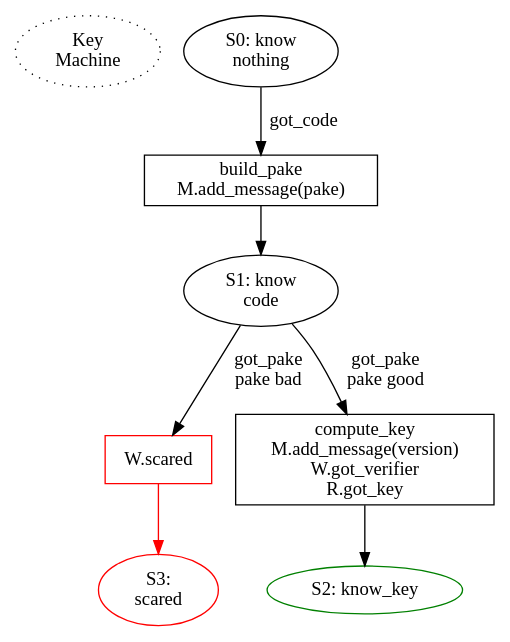
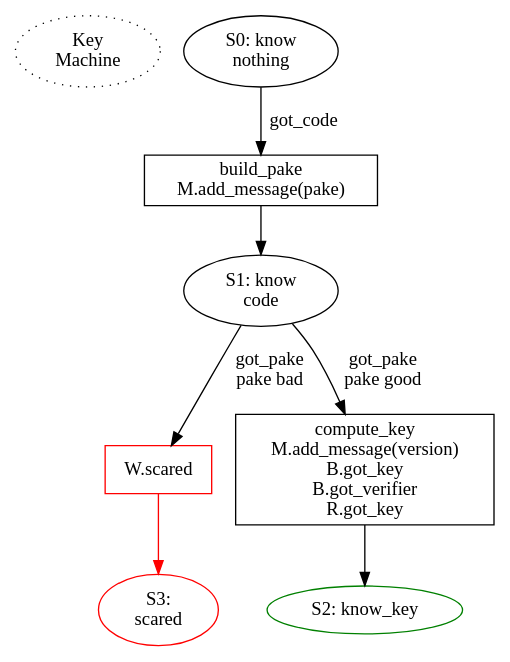
Before and after one commit to magic-wormhole/magic-wormhole: the diagram in docs/state-machines/key.dot, drawn with Graphviz. The commit also changed 7 other files, not shown here.

```diff
--- a/docs/state-machines/key.dot
+++ b/docs/state-machines/key.dot
@@ -1,43 +1,43 @@
 digraph {
 
         /* could shave a RTT by committing to the nameplate early, before
         finishing the rest of the code input. While the user is still
         typing/completing the code, we claim the nameplate, open the mailbox,
         and retrieve the peer's PAKE message. Then as soon as the user
         finishes entering the code, we build our own PAKE message, send PAKE,
         compute the key, send VERSION. Starting from the Return, this saves
         two round trips. OTOH it adds consequences to hitting Tab. */
 
         start [label="Key\nMachine" style="dotted"]
 
         S0 [label="S0: know\nnothing"]
         S0 -> P0_build [label="got_code"]
 
         P0_build [shape="box" label="build_pake\nM.add_message(pake)"]
         P0_build -> S1
         S1 [label="S1: know\ncode"]
 
         /* the Mailbox will deliver each message exactly once, but doesn't
         guarantee ordering: if Alice starts the process, then disconnects,
         then Bob starts (reading PAKE, sending both his PAKE and his VERSION
         phase), then Alice will see both PAKE and VERSION on her next
         connect, and might get the VERSION first.
 
         The Wormhole will queue inbound messages that it isn't ready for. The
         wormhole shim that lets applications do w.get(phase=) must do
         something similar, queueing inbound messages until it sees one for
         the phase it currently cares about.*/
 
         S1 -> P_mood_scary [label="got_pake\npake bad"]
         P_mood_scary [shape="box" color="red" label="W.scared"]
         P_mood_scary -> S3 [color="red"]
         S3 [label="S3:\nscared" color="red"]
         S1 -> P1_compute [label="got_pake\npake good"]
         #S1 -> P_mood_lonely [label="close"]
 
-        P1_compute [label="compute_key\nM.add_message(version)\nW.got_verifier\nR.got_key" shape="box"]
+        P1_compute [label="compute_key\nM.add_message(version)\nB.got_key\nB.got_verifier\nR.got_key" shape="box"]
         P1_compute -> S2
 
         S2 [label="S2: know_key" color="green"]
 
 }
```
